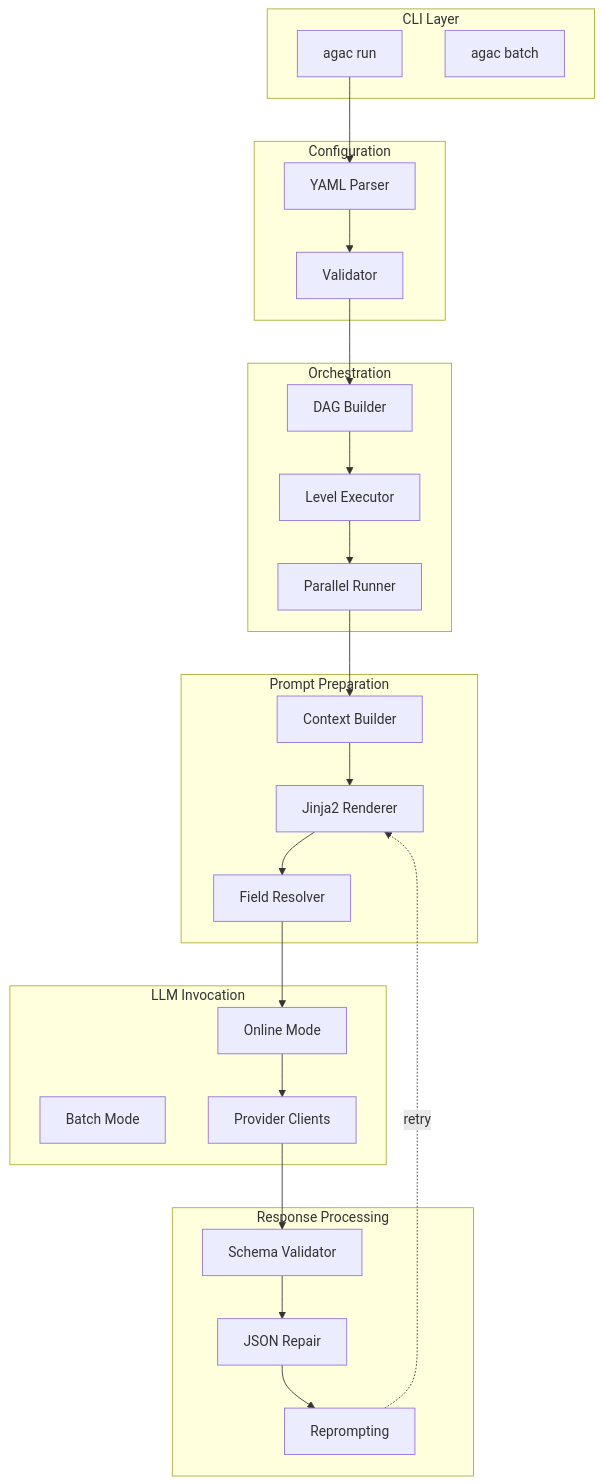
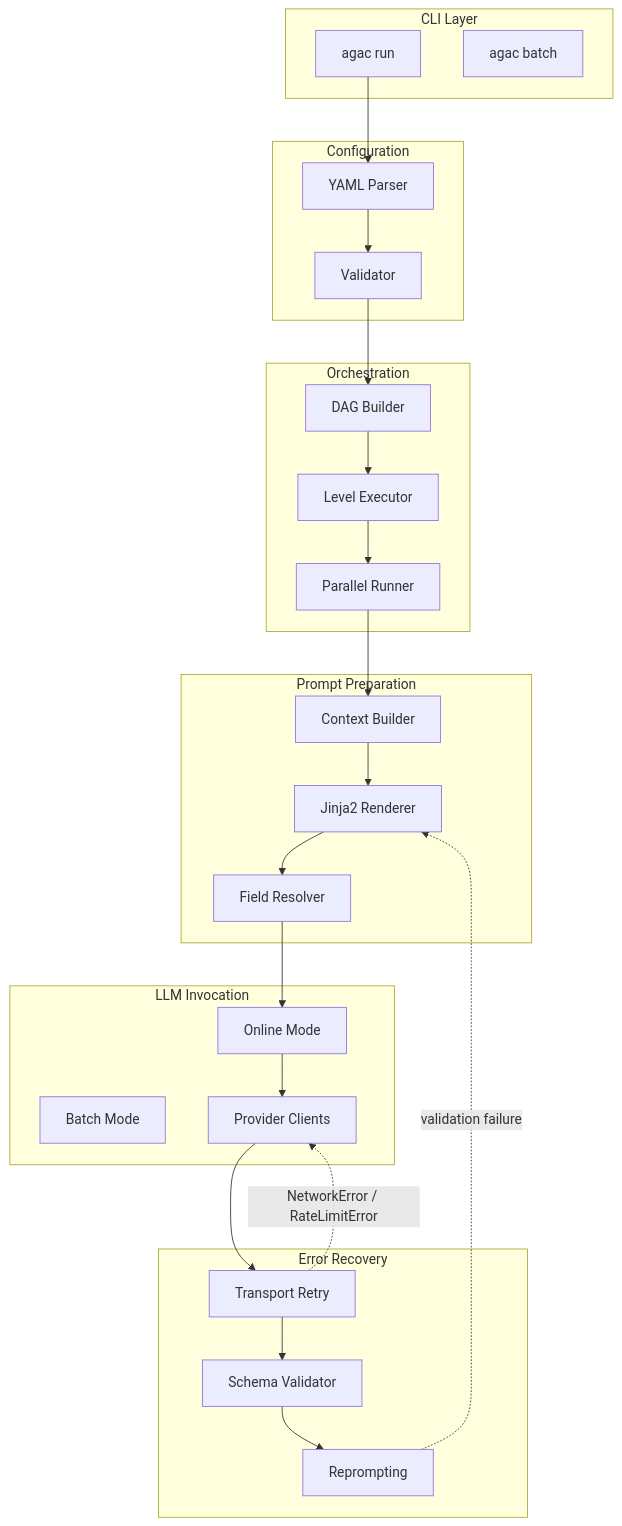
Before and after one commit to Muizzkolapo/agent-actions: the third of 3 diagrams in docs.agent-actions/docs/reference/architecture/index.md, drawn with Mermaid. The commit also changed other lines of this file and 4 other files, not shown here.

````diff
--- a/docs.agent-actions/docs/reference/architecture/index.md
+++ b/docs.agent-actions/docs/reference/architecture/index.md
@@ -85,44 +85,45 @@
 ```mermaid
 flowchart TB
     subgraph CLI["CLI Layer"]
         RUN["agac run"]
         BATCH["agac batch"]
     end
 
     subgraph Config["Configuration"]
         YAML["YAML Parser"]
         VALIDATE["Validator"]
     end
 
     subgraph Orchestration["Orchestration"]
         DAG["DAG Builder"]
         LEVELS["Level Executor"]
         PARALLEL["Parallel Runner"]
     end
 
     subgraph Prompt["Prompt Preparation"]
         CONTEXT["Context Builder"]
         TEMPLATE["Jinja2 Renderer"]
         REFS["Field Resolver"]
     end
 
     subgraph LLM["LLM Invocation"]
         ONLINE["Online Mode"]
         BATCHM["Batch Mode"]
         PROVIDERS["Provider Clients"]
     end
 
-    subgraph Response["Response Processing"]
+    subgraph Recovery["Error Recovery"]
+        RETRY["Transport Retry"]
         SCHEMA["Schema Validator"]
-        REPAIR["JSON Repair"]
         REPROMPT["Reprompting"]
     end
 
     RUN --> YAML --> VALIDATE --> DAG
     DAG --> LEVELS --> PARALLEL
     PARALLEL --> CONTEXT --> TEMPLATE
     TEMPLATE --> REFS --> ONLINE
-    ONLINE --> PROVIDERS --> SCHEMA
-    SCHEMA --> REPAIR --> REPROMPT
-    REPROMPT -.->|retry| TEMPLATE
+    ONLINE --> PROVIDERS --> RETRY
+    RETRY -.->|"NetworkError / RateLimitError"| PROVIDERS
+    RETRY --> SCHEMA --> REPROMPT
+    REPROMPT -.->|"validation failure"| TEMPLATE
 ```
````
